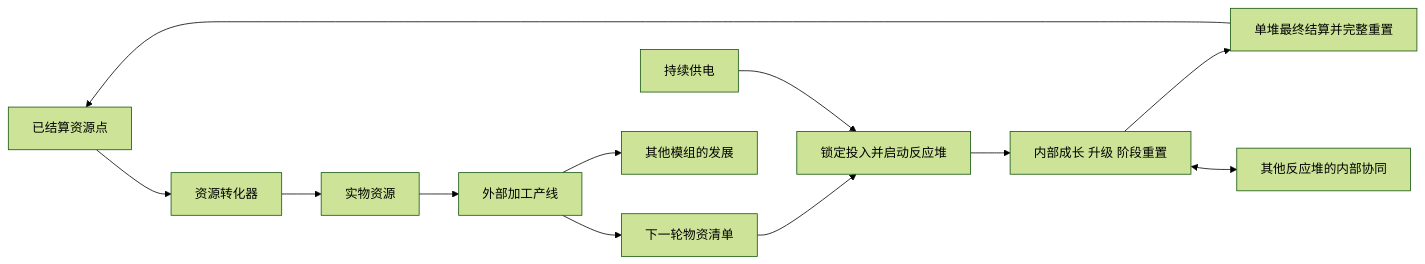
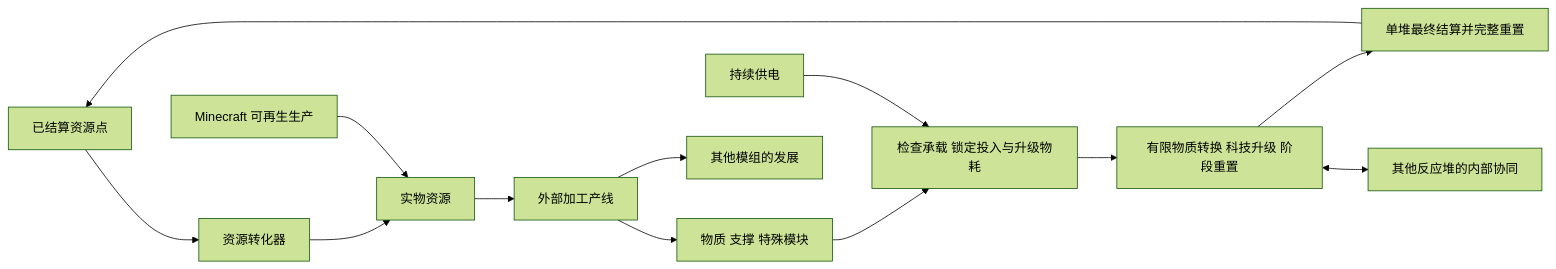
The diagram in 闪电科技资源/设计方案.md (AE2-Lightning-Tech-Reborn/AE2-Lightning-Tech-Reborn), drawn with Mermaid (forest theme) before and after one commit. The commit also changed other lines of this file and 6 other files, not shown here.

````diff
--- a/闪电科技资源/设计方案.md
+++ b/闪电科技资源/设计方案.md
@@ -27,14 +28,15 @@
 ```mermaid
 flowchart LR
     P[已结算资源点] --> C[资源转化器]
     C --> M[实物资源]
+    W[Minecraft 可再生生产] --> M
     M --> F[外部加工产线]
-    F --> I[下一轮物资清单]
-    I --> R[锁定投入并启动反应堆]
+    F --> I[物质 支撑 特殊模块]
+    I --> R[检查承载 锁定投入与升级物耗]
     E[持续供电] --> R
-    R --> G[内部成长 升级 阶段重置]
+    R --> G[有限物质转换 科技升级 阶段重置]
     G --> S[单堆最终结算并完整重置]
     S --> P
     F --> O[其他模组的发展]
     G <--> A[其他反应堆的内部协同]
 ```
````
